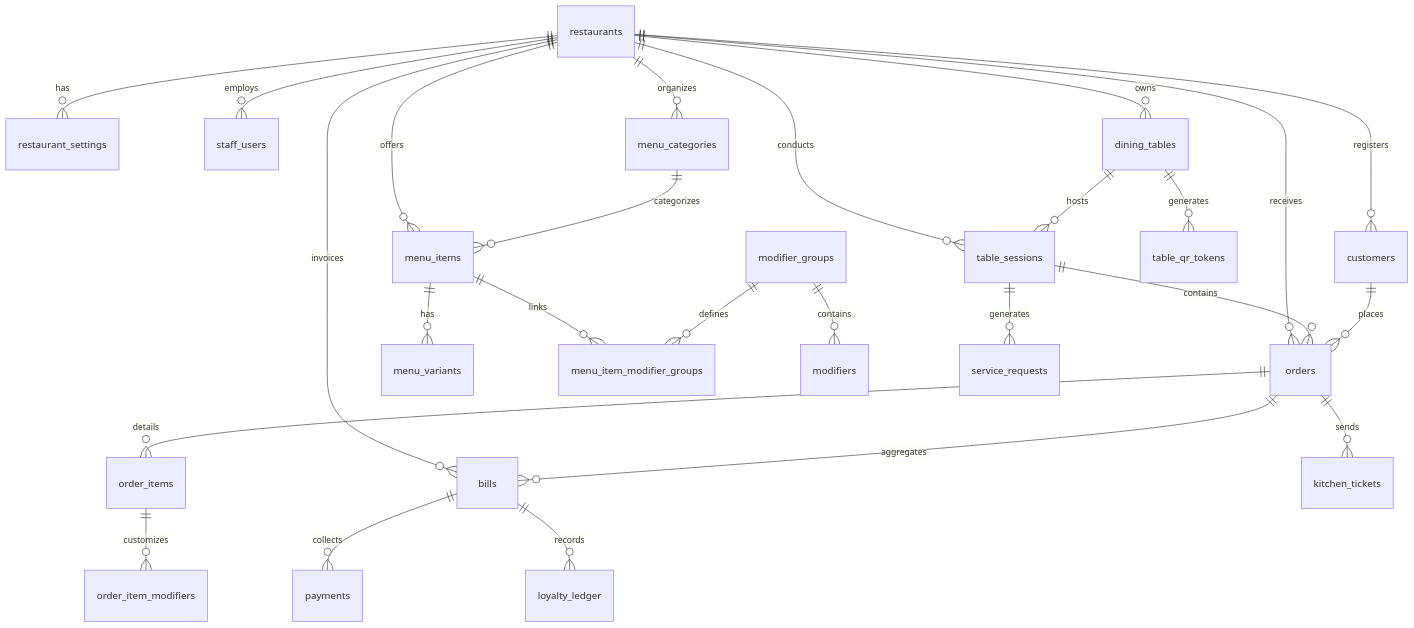
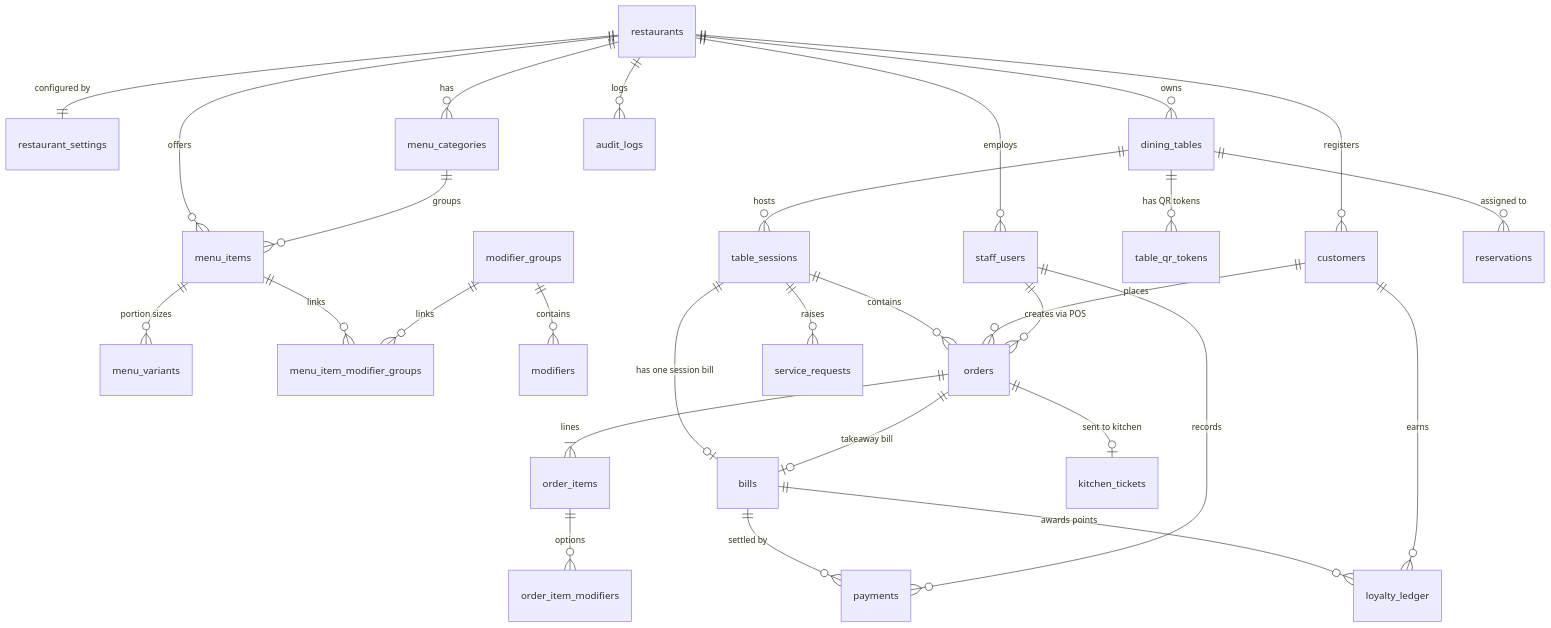
Before and after one commit to harshvardhanraut2912/restoflow-saas: diagram 12 of 12 in README.md, drawn with Mermaid. The commit also changed other lines of this file and 18 other files, not shown here.

````diff
--- a/README.md
+++ b/README.md
@@ -175,31 +678,34 @@
 ```mermaid
 erDiagram
-    restaurants ||--o{ restaurant_settings : has
+    restaurants ||--|| restaurant_settings : "configured by"
     restaurants ||--o{ staff_users : employs
-    restaurants ||--o{ menu_categories : organizes
+    restaurants ||--o{ menu_categories : has
     restaurants ||--o{ menu_items : offers
     restaurants ||--o{ dining_tables : owns
-    restaurants ||--o{ table_sessions : conducts
-    restaurants ||--o{ orders : receives
-    restaurants ||--o{ bills : invoices
     restaurants ||--o{ customers : registers
+    restaurants ||--o{ audit_logs : logs
 
-    menu_categories ||--o{ menu_items : categorizes
-    menu_items ||--o{ menu_variants : has
+    menu_categories ||--o{ menu_items : groups
+    menu_items ||--o{ menu_variants : "portion sizes"
     menu_items ||--o{ menu_item_modifier_groups : links
-    modifier_groups ||--o{ menu_item_modifier_groups : defines
+    modifier_groups ||--o{ menu_item_modifier_groups : links
     modifier_groups ||--o{ modifiers : contains
 
+    dining_tables ||--o{ table_qr_tokens : "has QR tokens"
     dining_tables ||--o{ table_sessions : hosts
-    dining_tables ||--o{ table_qr_tokens : generates
+    dining_tables ||--o{ reservations : "assigned to"
     table_sessions ||--o{ orders : contains
-    table_sessions ||--o{ service_requests : generates
+    table_sessions ||--o{ service_requests : raises
+    table_sessions ||--o| bills : "has one session bill"
 
     customers ||--o{ orders : places
-    orders ||--o{ order_items : details
-    order_items ||--o{ order_item_modifiers : customizes
-    orders ||--o{ kitchen_tickets : sends
-    orders ||--o{ bills : aggregates
-    bills ||--o{ payments : collects
-    bills ||--o{ loyalty_ledger : records
+    staff_users ||--o{ orders : "creates via POS"
+    orders ||--|{ order_items : lines
+    order_items ||--o{ order_item_modifiers : options
+    orders ||--o| kitchen_tickets : "sent to kitchen"
+    orders ||--o| bills : "takeaway bill"
+    bills ||--o{ payments : "settled by"
+    staff_users ||--o{ payments : records
+    bills ||--o{ loyalty_ledger : "awards points"
+    customers ||--o{ loyalty_ledger : earns
 ```
````
